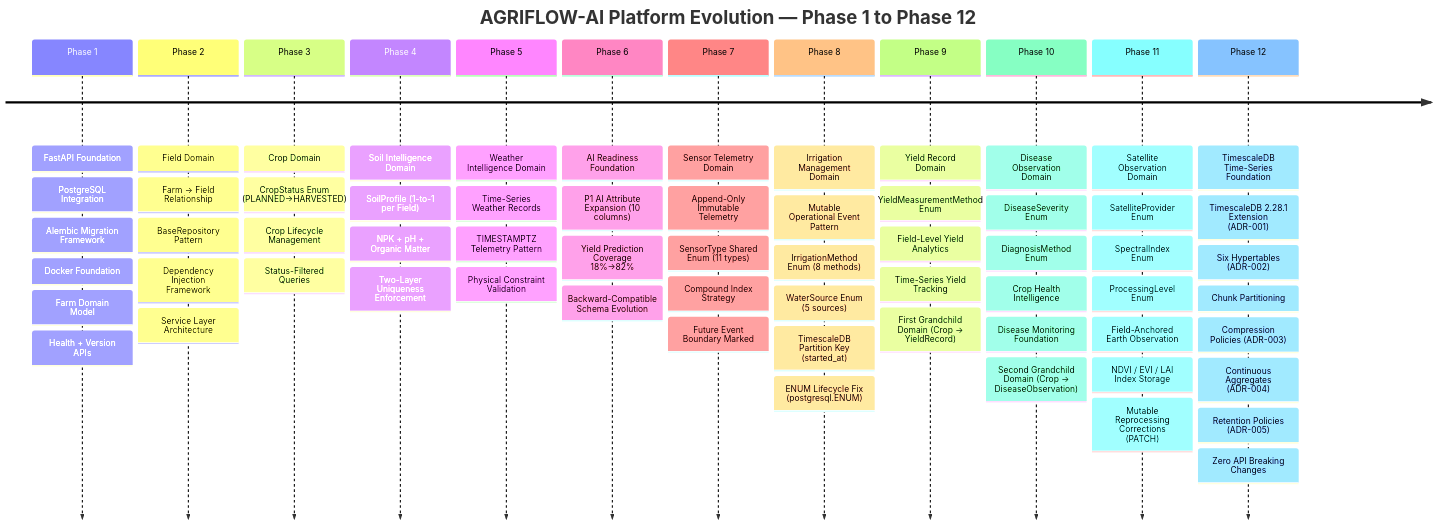
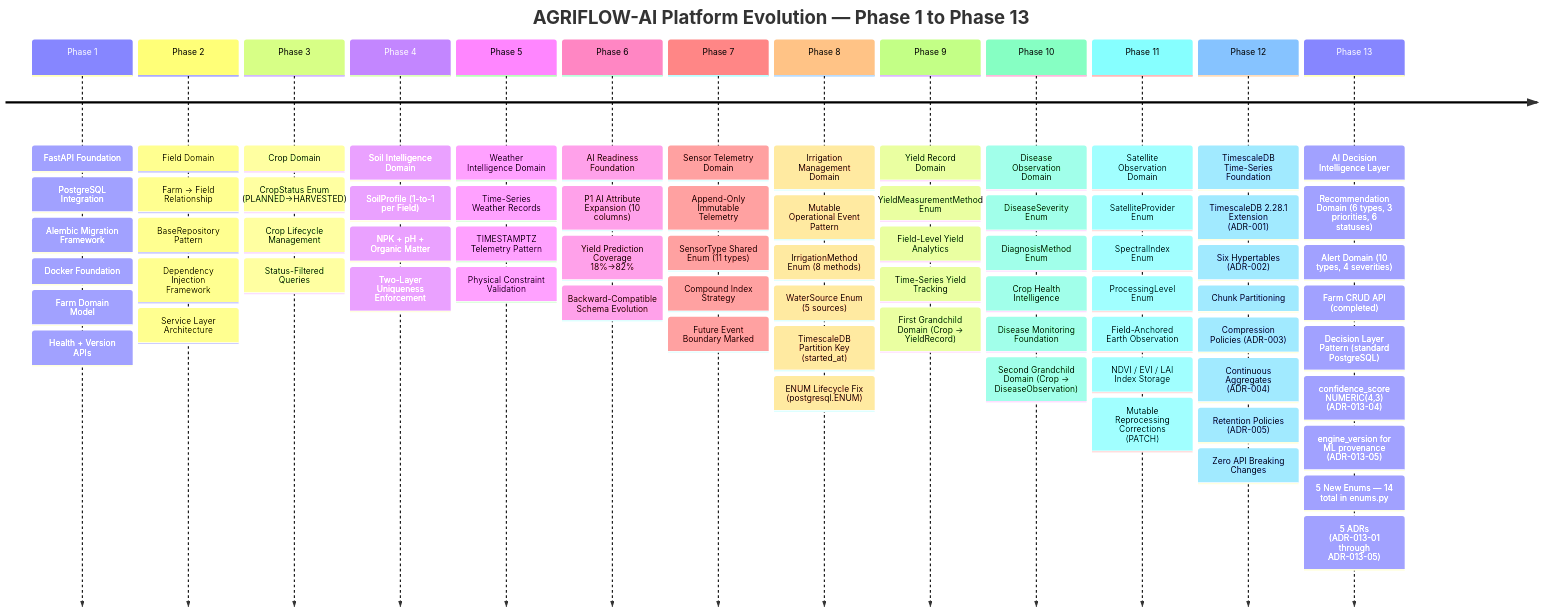
Before and after one commit to santoshnarayanan/AGRIFLOW-AI: the first of 19 diagrams in docs/reference/09-architecture-diagrams.md, drawn with Mermaid. The commit also changed other lines of this file and 9 other files, not shown here.

````diff
--- a/docs/reference/09-architecture-diagrams.md
+++ b/docs/reference/09-architecture-diagrams.md
@@ -45,68 +45,77 @@
 ```mermaid
 timeline
-    title AGRIFLOW-AI Platform Evolution — Phase 1 to Phase 12
+    title AGRIFLOW-AI Platform Evolution — Phase 1 to Phase 13
     Phase 1 : FastAPI Foundation
             : PostgreSQL Integration
             : Alembic Migration Framework
             : Docker Foundation
             : Farm Domain Model
             : Health + Version APIs
     Phase 2 : Field Domain
             : Farm → Field Relationship
             : BaseRepository Pattern
             : Dependency Injection Framework
             : Service Layer Architecture
     Phase 3 : Crop Domain
             : CropStatus Enum (PLANNED→HARVESTED)
             : Crop Lifecycle Management
             : Status-Filtered Queries
     Phase 4 : Soil Intelligence Domain
             : SoilProfile (1-to-1 per Field)
             : NPK + pH + Organic Matter
             : Two-Layer Uniqueness Enforcement
     Phase 5 : Weather Intelligence Domain
             : Time-Series Weather Records
             : TIMESTAMPTZ Telemetry Pattern
             : Physical Constraint Validation
     Phase 6 : AI Readiness Foundation
             : P1 AI Attribute Expansion (10 columns)
             : Yield Prediction Coverage 18%→82%
             : Backward-Compatible Schema Evolution
     Phase 7 : Sensor Telemetry Domain
             : Append-Only Immutable Telemetry
             : SensorType Shared Enum (11 types)
             : Compound Index Strategy
             : Future Event Boundary Marked
     Phase 8 : Irrigation Management Domain
             : Mutable Operational Event Pattern
             : IrrigationMethod Enum (8 methods)
             : WaterSource Enum (5 sources)
             : TimescaleDB Partition Key (started_at)
             : ENUM Lifecycle Fix (postgresql.ENUM)
     Phase 9 : Yield Record Domain
             : YieldMeasurementMethod Enum
             : Field-Level Yield Analytics
             : Time-Series Yield Tracking
             : First Grandchild Domain (Crop → YieldRecord)
     Phase 10 : Disease Observation Domain
             : DiseaseSeverity Enum
             : DiagnosisMethod Enum
             : Crop Health Intelligence
             : Disease Monitoring Foundation
             : Second Grandchild Domain (Crop → DiseaseObservation)
     Phase 11 : Satellite Observation Domain
             : SatelliteProvider Enum
             : SpectralIndex Enum
             : ProcessingLevel Enum
             : Field-Anchored Earth Observation
             : NDVI / EVI / LAI Index Storage
             : Mutable Reprocessing Corrections (PATCH)
     Phase 12 : TimescaleDB Time-Series Foundation
             : TimescaleDB 2.28.1 Extension (ADR-001)
             : Six Hypertables (ADR-002)
             : Chunk Partitioning
             : Compression Policies (ADR-003)
             : Continuous Aggregates (ADR-004)
             : Retention Policies (ADR-005)
             : Zero API Breaking Changes
+    Phase 13 : AI Decision Intelligence Layer
+            : Recommendation Domain (6 types, 3 priorities, 6 statuses)
+            : Alert Domain (10 types, 4 severities)
+            : Farm CRUD API (completed)
+            : Decision Layer Pattern (standard PostgreSQL)
+            : confidence_score NUMERIC(4,3) (ADR-013-04)
+            : engine_version for ML provenance (ADR-013-05)
+            : 5 New Enums — 14 total in enums.py
+            : 5 ADRs (ADR-013-01 through ADR-013-05)
 ```
````
